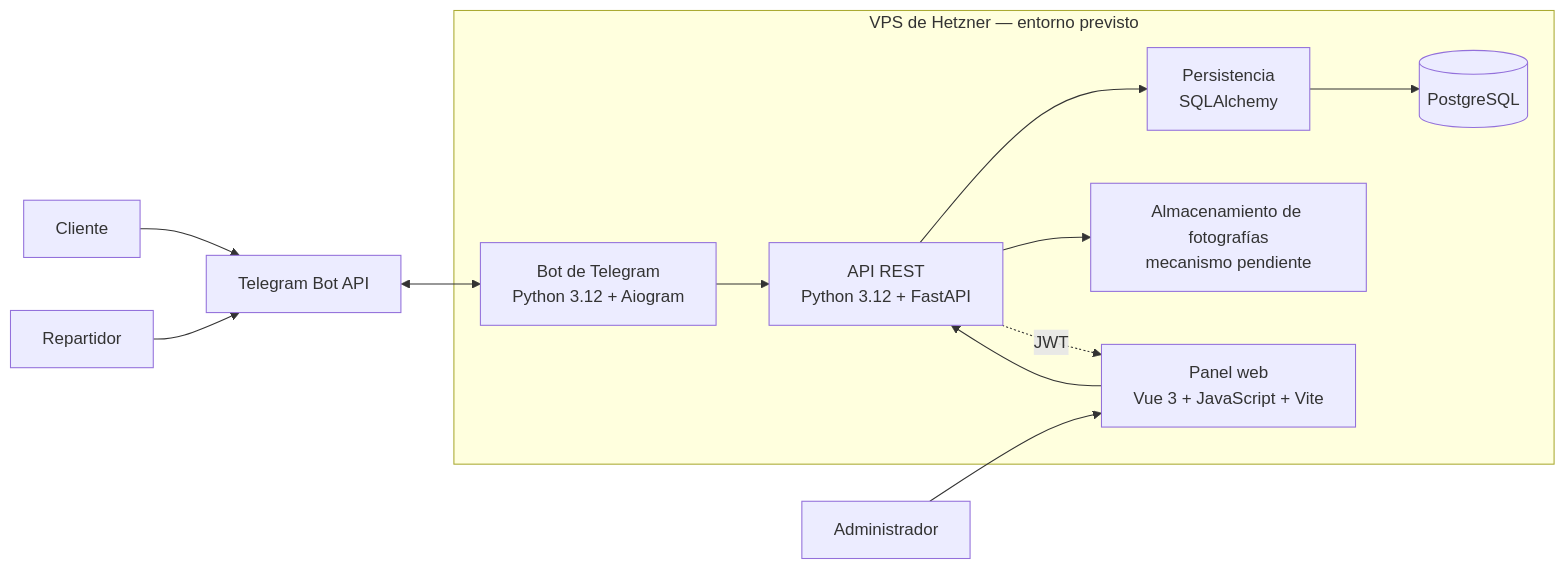
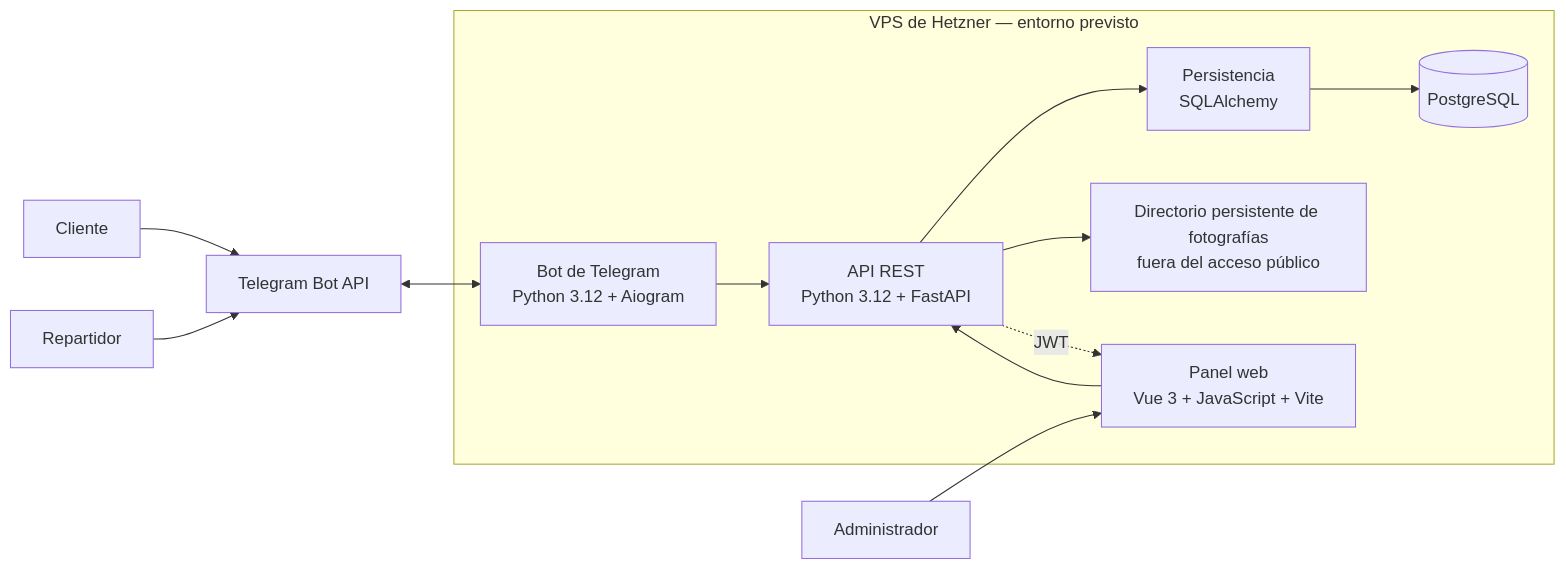
Before and after one commit to ninoskacotah/restaurante-oruro-mvp: the first of 3 diagrams in docs/diseno.md, drawn with Mermaid. The commit also changed other lines of this file and 2 other files, not shown here.

First line of the commit message:
docs: seleccionar almacenamiento de fotografías (#28)

````diff
--- a/docs/diseno.md
+++ b/docs/diseno.md
@@ -171,24 +180,24 @@
 ```mermaid
 flowchart LR
     Cliente["Cliente"] --> Telegram["Telegram Bot API"]
     Repartidor["Repartidor"] --> Telegram
 
     subgraph VPS["VPS de Hetzner — entorno previsto"]
         Bot["Bot de Telegram<br/>Python 3.12 + Aiogram"]
         API["API REST<br/>Python 3.12 + FastAPI"]
         ORM["Persistencia<br/>SQLAlchemy"]
         DB[("PostgreSQL")]
         Panel["Panel web<br/>Vue 3 + JavaScript + Vite"]
-        Archivos["Almacenamiento de fotografías<br/>mecanismo pendiente"]
+        Archivos["Directorio persistente de fotografías<br/>fuera del acceso público"]
 
         Bot --> API
         Panel --> API
         API --> ORM
         ORM --> DB
         API --> Archivos
     end
 
     Telegram <--> Bot
     Administrador["Administrador"] --> Panel
     API -. "JWT" .-> Panel
 ```
````
